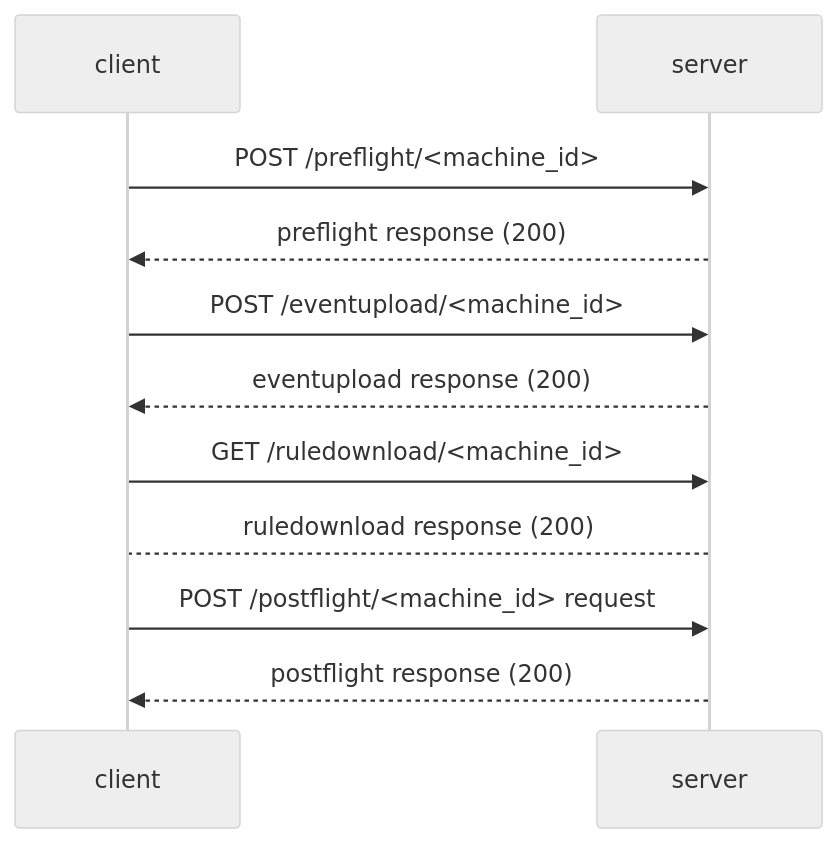
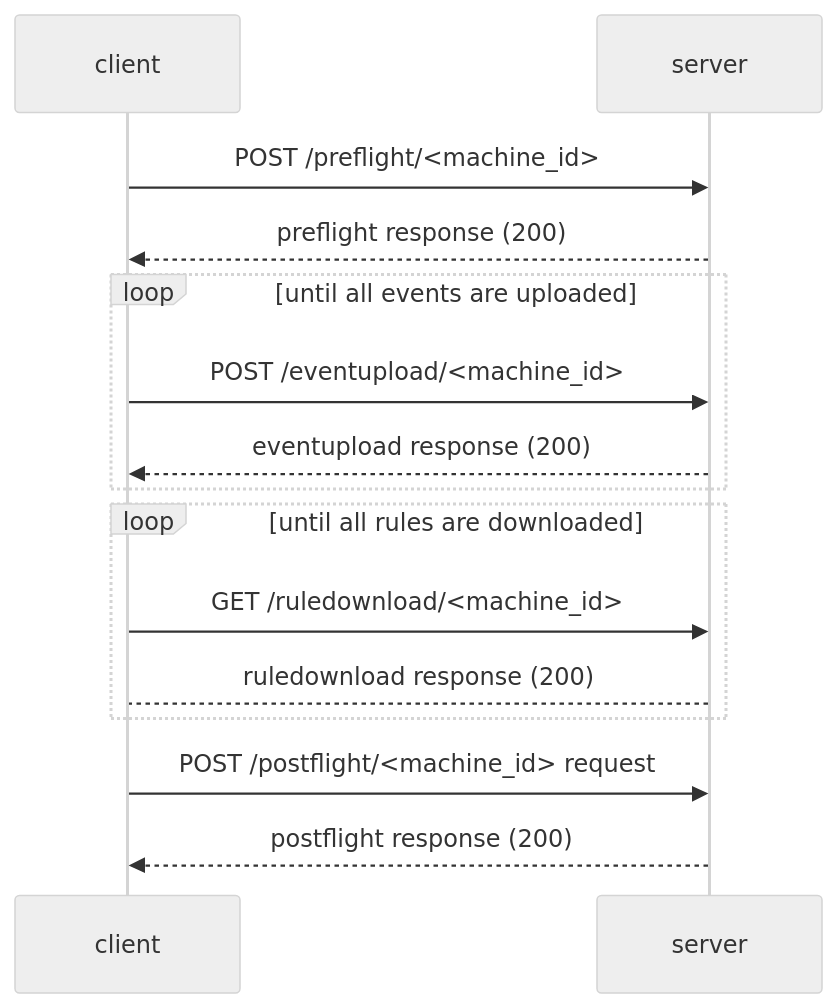
Before and after one commit to google/santa: the first of 5 diagrams in docs/development/sync-protocol.md, drawn with Mermaid (neutral theme). The commit also changed other lines of this file and 1 other file, not shown here.

````diff
--- a/docs/development/sync-protocol.md
+++ b/docs/development/sync-protocol.md
@@ -44,11 +50,15 @@
 ```mermaid
 sequenceDiagram
    client ->> server: POST /preflight/<machine_id>
    server -->> client: preflight response (200)
+   loop until all events are uploaded
    client ->> server: POST /eventupload/<machine_id>
    server -->> client: eventupload response (200)
+   end
+   loop until all rules are downloaded
    client ->> server: GET /ruledownload/<machine_id>
    server --> client: ruledownload response (200)
+   end
    client ->> server: POST /postflight/<machine_id> request
    server -->> client: postflight response (200)
 ```
````
